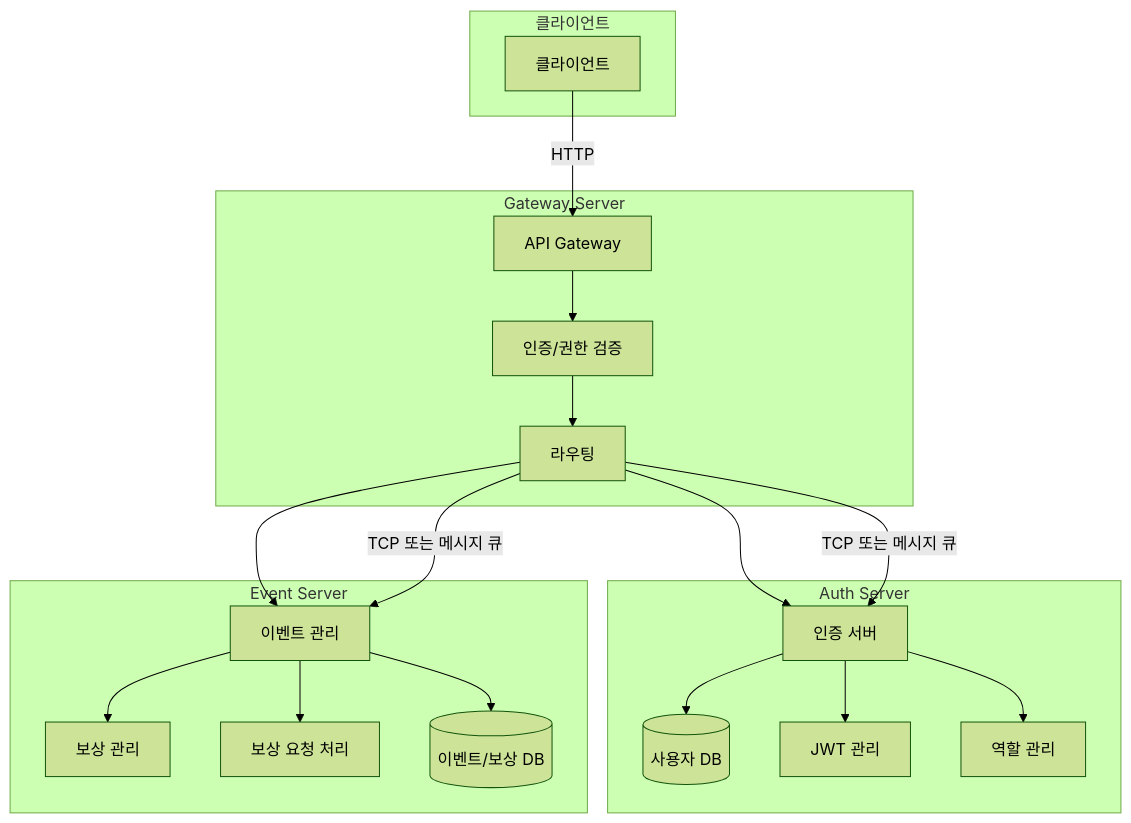
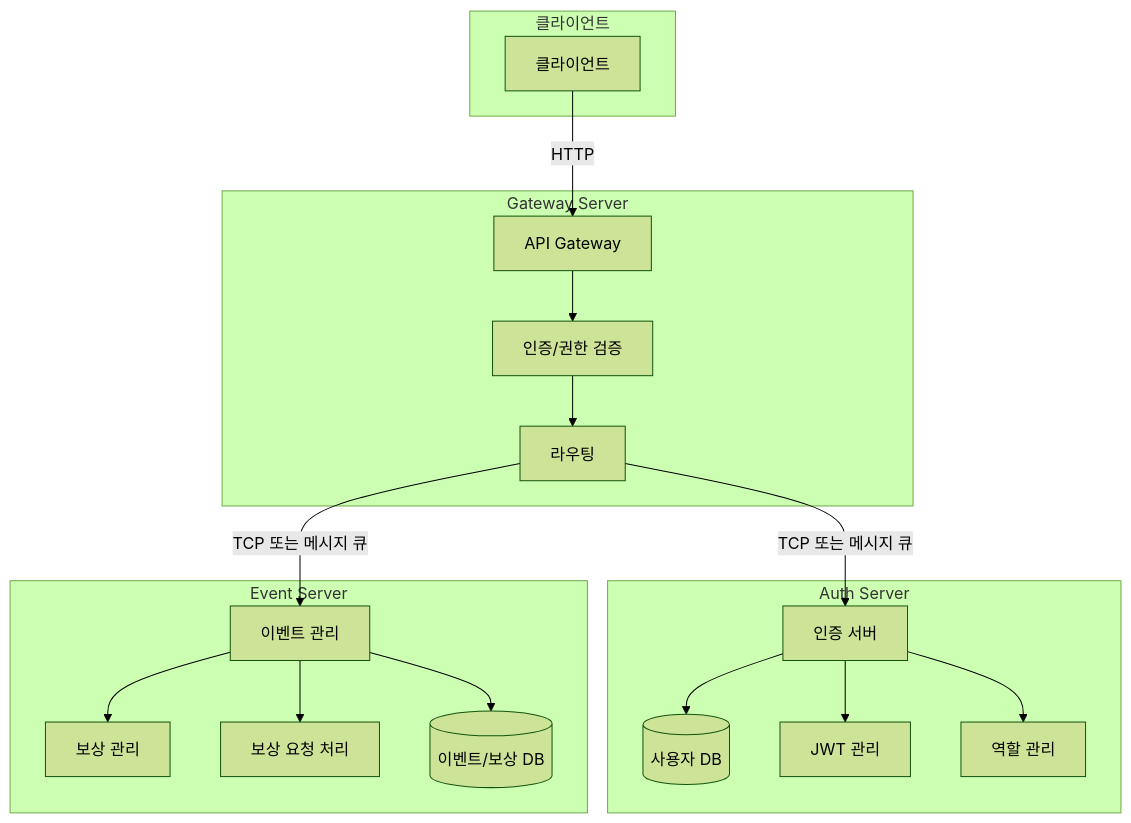
The diagram in README.md (DongHoonYu96/event-reward-platform), drawn with Mermaid (forest theme) before and after one commit. The commit also changed other lines of this file, not shown here.

````diff
--- a/README.md
+++ b/README.md
@@ -13,47 +13,44 @@
 ```mermaid
 flowchart TB
     subgraph "클라이언트"
         Client[클라이언트]
     end
 
     subgraph "Gateway Server"
         GW[API Gateway]
         GAUTH[인증/권한 검증]
         GROUTE[라우팅]
     end
 
     subgraph "Auth Server"
         AUTH[인증 서버]
         USER_DB[(사용자 DB)]
         JWT[JWT 관리]
         ROLE[역할 관리]
     end
 
     subgraph "Event Server"
         EVENT[이벤트 관리]
         REWARD[보상 관리]
         REQ[보상 요청 처리]
         EVENT_DB[(이벤트/보상 DB)]
     end
 
     Client -- "HTTP" --> GW
     GW --> GAUTH
     GAUTH --> GROUTE
 
-    GROUTE --> AUTH
-    GROUTE --> EVENT
-
     AUTH --> USER_DB
     AUTH --> JWT
     AUTH --> ROLE
 
     EVENT --> EVENT_DB
     EVENT --> REWARD
     EVENT --> REQ
 
     %% 통신 방식
     GROUTE -- "TCP 또는 메시지 큐" --> AUTH
     GROUTE -- "TCP 또는 메시지 큐" --> EVENT
 
     
 ```
````
